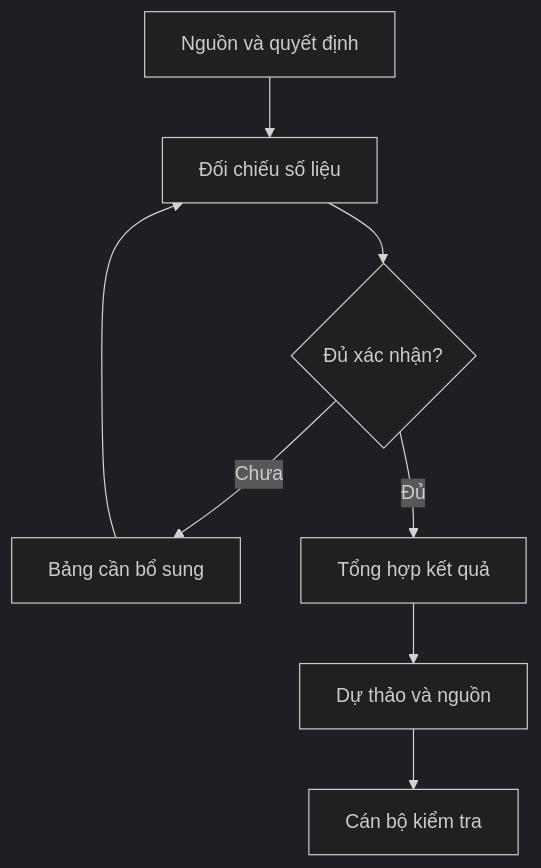
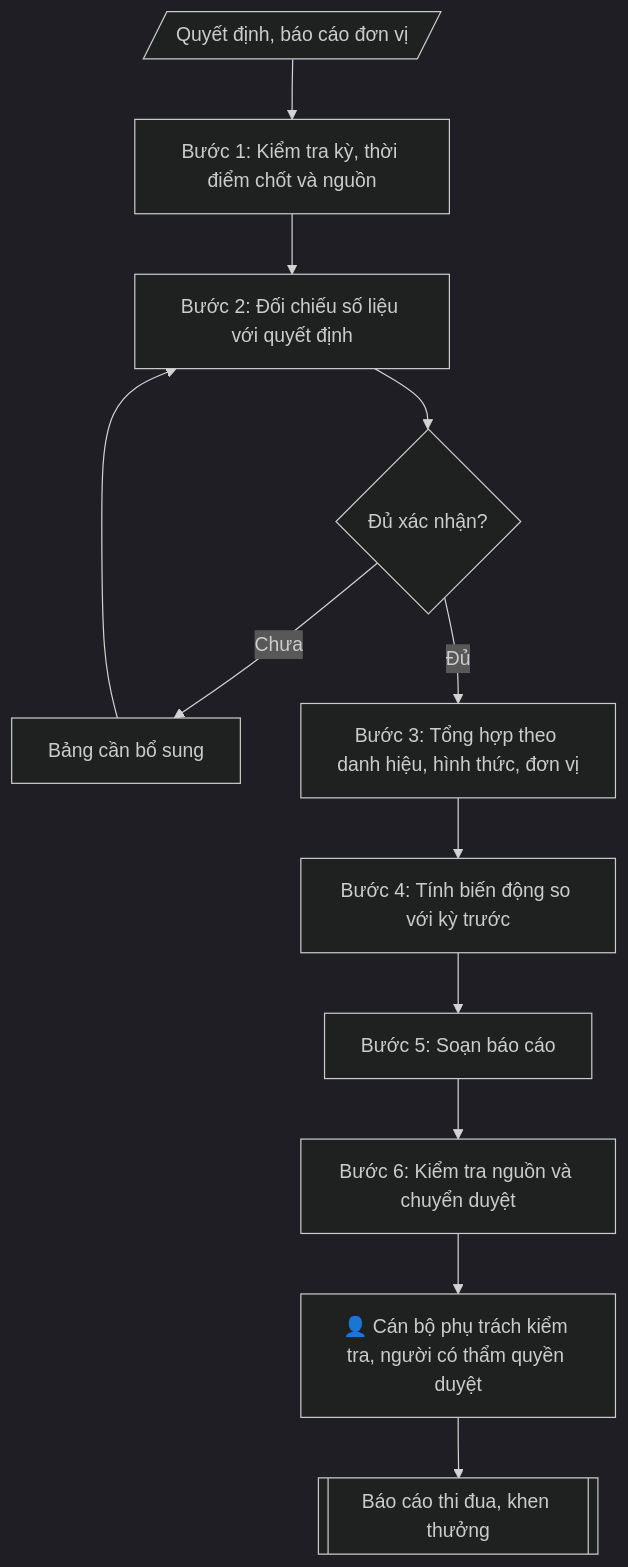
Before and after one commit to phamtruong91/dh-skills: the diagram in skills/bao-cao-thi-dua/SKILL.md, drawn with Mermaid (dark theme). The commit also changed other lines of this file and 47 other files, not shown here.

````diff
--- a/skills/bao-cao-thi-dua/SKILL.md
+++ b/skills/bao-cao-thi-dua/SKILL.md
@@ -49,10 +84,14 @@
 ```mermaid
 flowchart TD
-    A["Nguồn và quyết định"] --> B["Đối chiếu số liệu"]
-    B --> C{"Đủ xác nhận?"}
+    IN[/"Quyết định, báo cáo đơn vị"/] --> B1["Bước 1: Kiểm tra kỳ, thời điểm chốt và nguồn"]
+    B1 --> B2["Bước 2: Đối chiếu số liệu với quyết định"]
+    B2 --> C{"Đủ xác nhận?"}
     C -->|Chưa| D["Bảng cần bổ sung"]
-    C -->|Đủ| E["Tổng hợp kết quả"]
-    D --> B
-    E --> F["Dự thảo và nguồn"]
-    F --> G["Cán bộ kiểm tra"]
+    D --> B2
+    C -->|Đủ| B3["Bước 3: Tổng hợp theo danh hiệu, hình thức, đơn vị"]
+    B3 --> B4["Bước 4: Tính biến động so với kỳ trước"]
+    B4 --> B5["Bước 5: Soạn báo cáo"]
+    B5 --> B6["Bước 6: Kiểm tra nguồn và chuyển duyệt"]
+    B6 --> HG["👤 Cán bộ phụ trách kiểm tra, người có thẩm quyền duyệt"]
+    HG --> OUT[["Báo cáo thi đua, khen thưởng"]]
 ```
````
